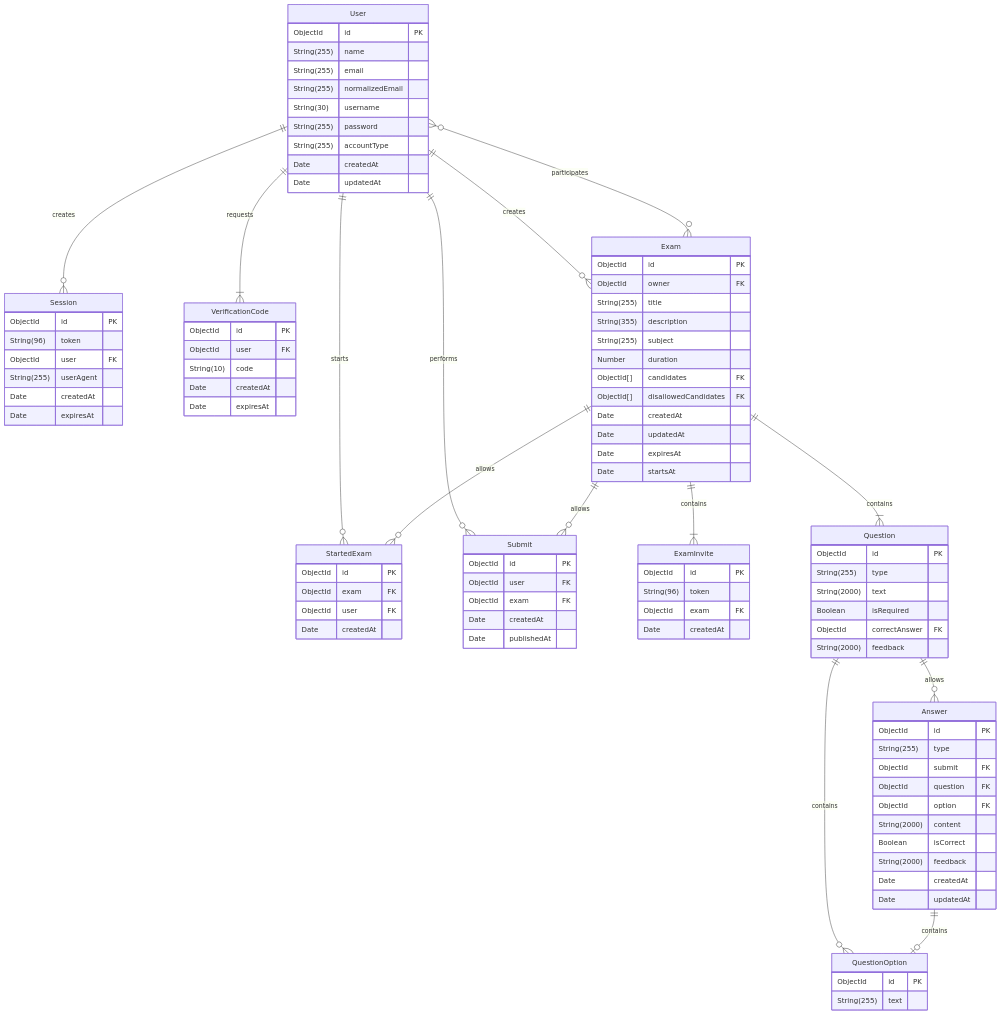
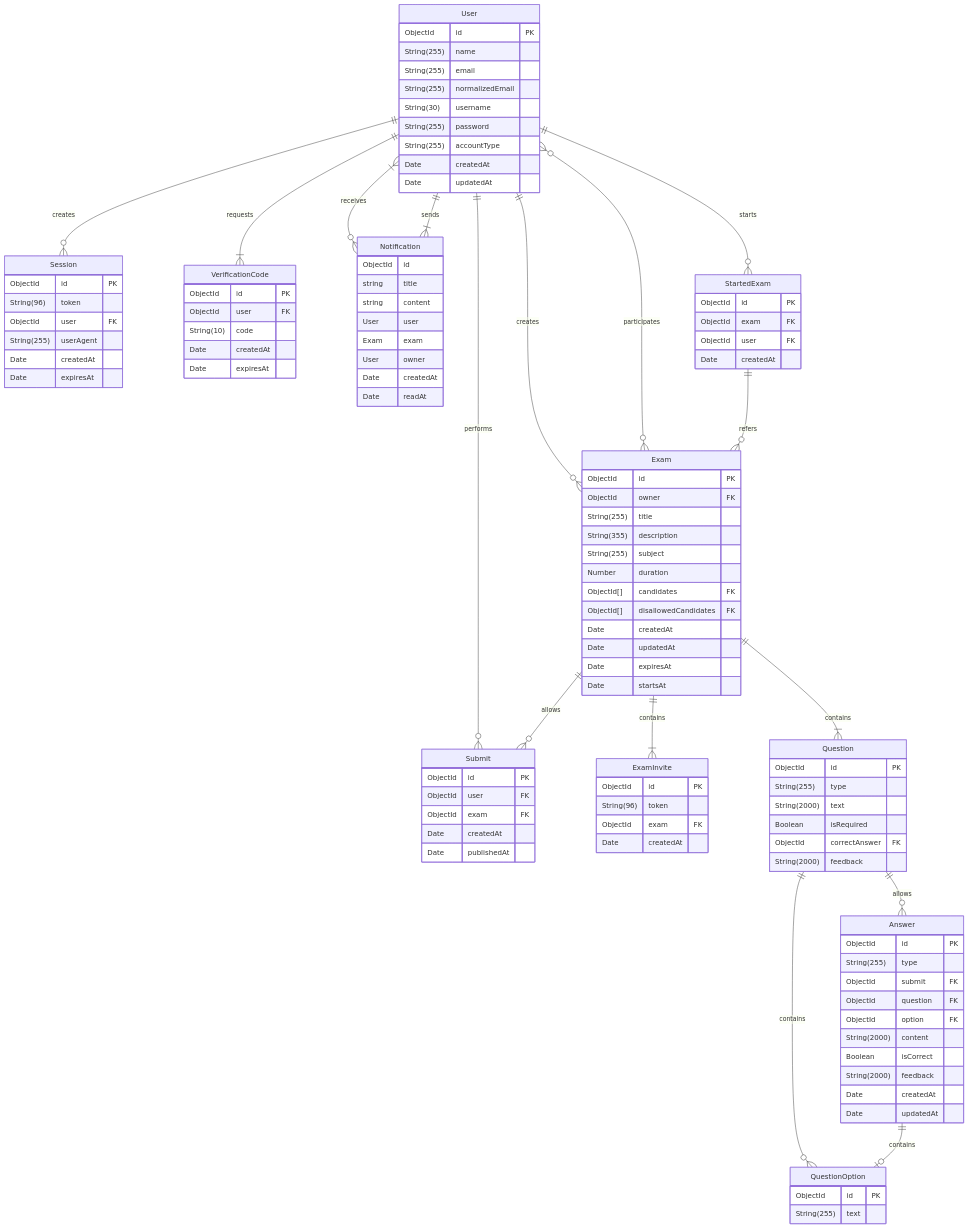
The diagram in diagram/entity-relationship-diagram.mmd (Alphka/EduAlphka), drawn with Mermaid before and after one commit. The commit also changed 9 other files, not shown here.

Commit message:
Send notification to candidate after exam correction

```diff
--- a/diagram/entity-relationship-diagram.mmd
+++ b/diagram/entity-relationship-diagram.mmd
@@ -1,114 +1,127 @@
 ---
 config:
     class:
         hideEmptyMembersBox: true
     theme: default
     look: classic
     layout: dagre
 ---
 erDiagram
     Session {
         ObjectId id PK
         String(96) token
         ObjectId user FK
         String(255) userAgent
         Date createdAt
         Date expiresAt
     }
 
     VerificationCode {
         ObjectId id PK
         ObjectId user FK
         String(10) code
         Date createdAt
         Date expiresAt
     }
-    User 1--1+ VerificationCode : requests
+
+    Notification {
+        ObjectId id
+        string title
+        string content
+        User user
+        Exam exam
+        User owner
+        Date createdAt
+        Date readAt
+    }
 
     User {
         ObjectId id PK
         String(255) name
         String(255) email
         String(255) normalizedEmail
         String(30) username
         String(255) password
         String(255) accountType
         Date createdAt
         Date updatedAt
     }
+    User 1--0+ Session : creates
+    User 1--1+ VerificationCode : requests
+    User 1+--0+ Notification : receives
+    User 1--1+ Notification : sends
     User 1--0+ Exam : creates
     User 0+--0+ Exam : participates
-    User 1--0+ Session : creates
     User 1--0+ StartedExam : starts
     User 1--0+ Submit : performs
 
     StartedExam {
         ObjectId id PK
         ObjectId exam FK
         ObjectId user FK
         Date createdAt
     }
+    StartedExam 1--0+ Exam : refers
 
     Exam {
         ObjectId id PK
         ObjectId owner FK
         String(255) title
         String(355) description
         String(255) subject
         Number duration
         ObjectId[] candidates FK
         ObjectId[] disallowedCandidates FK
         Date createdAt
         Date updatedAt
         Date expiresAt
         Date startsAt
     }
-    Exam 1--0+ StartedExam : allows
     Exam 1--1+ ExamInvite : contains
     Exam 1--1+ Question : contains
     Exam 1--0+ Submit : allows
 
     ExamInvite {
         ObjectId id PK
         String(96) token
         ObjectId exam FK
         Date createdAt
     }
 
     Question {
         ObjectId id PK
         String(255) type
         String(2000) text
         Boolean isRequired
         ObjectId correctAnswer FK
         String(2000) feedback
     }
     Question 1--0+ Answer : allows
     Question 1--0+ QuestionOption : contains
 
     QuestionOption {
         ObjectId id PK
         String(255) text
     }
 
     Answer {
         ObjectId id PK
         String(255) type
         ObjectId submit FK
         ObjectId question FK
         ObjectId option FK
         String(2000) content
         Boolean isCorrect
         String(2000) feedback
         Date createdAt
         Date updatedAt
     }
     Answer 1--zero or one QuestionOption : contains
 
     Submit {
         ObjectId id PK
         ObjectId user FK
         ObjectId exam FK
         Date createdAt
         Date publishedAt
     }
```
